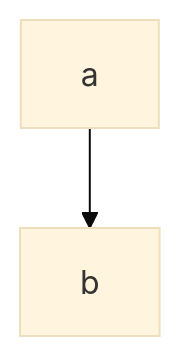
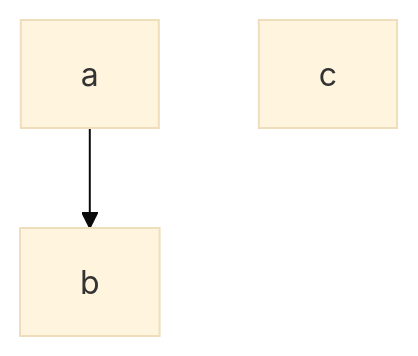
Before and after one commit to hotoku/fosi: the diagram in samples/sample.md, drawn with Mermaid (base theme). The commit also changed 1 other file, not shown here.

````diff
--- a/samples/sample.md
+++ b/samples/sample.md
@@ -11,6 +11,7 @@
 ```mermaid
 flowchart TD
     a
     b
+    c
     a --> b
 ```
````
